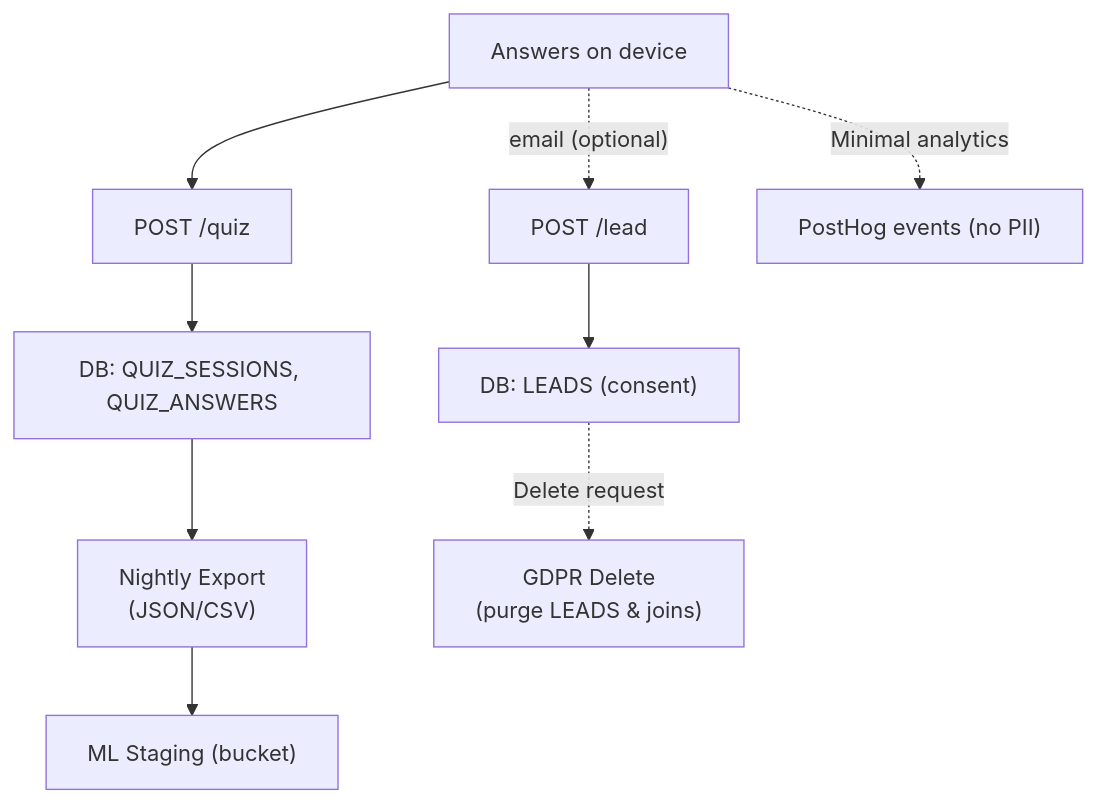
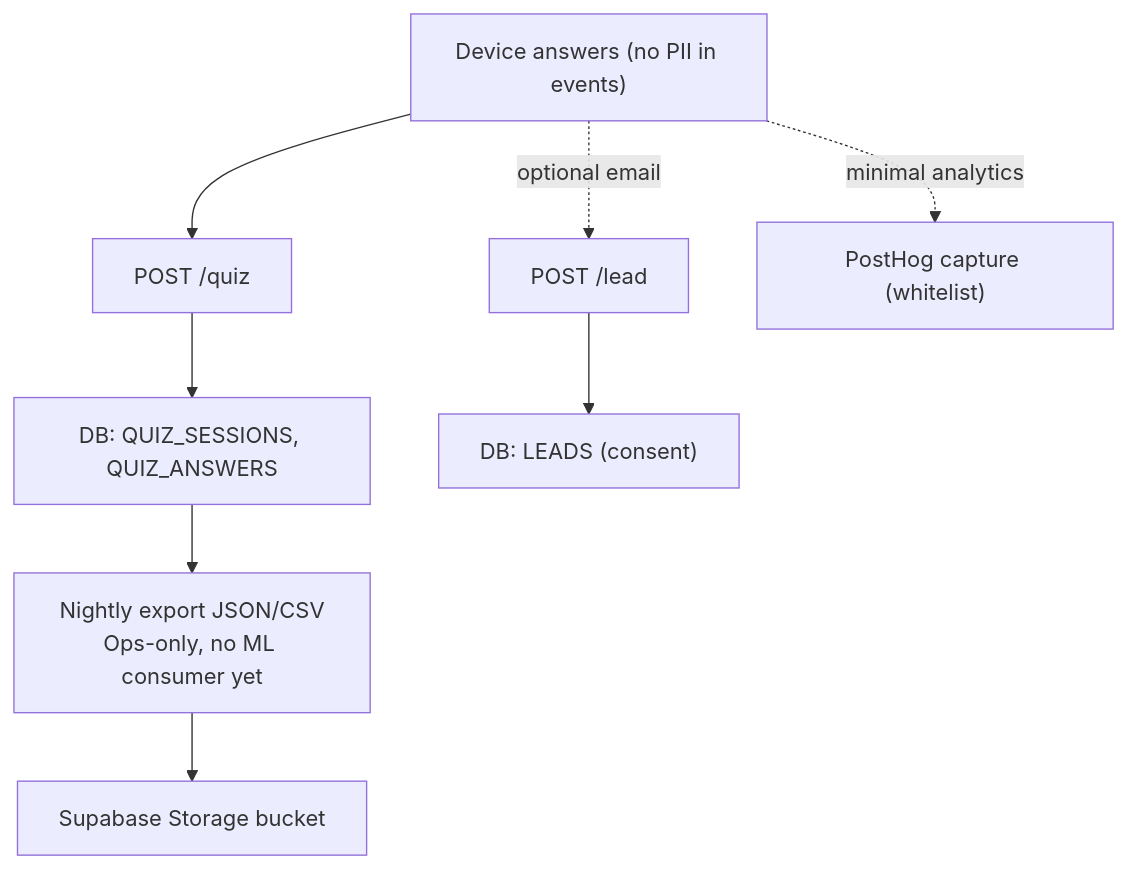
The diagram in content/app-web/architecture/pre-mvp/data-flow.mmd (alexandrafofel/brightfutureahead), drawn with Mermaid before and after one commit.

```diff
--- a/content/app-web/architecture/pre-mvp/data-flow.mmd
+++ b/content/app-web/architecture/pre-mvp/data-flow.mmd
@@ -1,9 +1,8 @@
 flowchart TD
-  A["Answers on device"] --> B["POST /quiz"]
+  A["Device answers (no PII in events)"] --> B["POST /quiz"]
   B --> C["DB: QUIZ_SESSIONS, QUIZ_ANSWERS"]
-  A -. "email (optional)" .-> D["POST /lead"]
+  A -. optional email .-> D["POST /lead"]
   D --> E["DB: LEADS (consent)"]
-  C --> F["Nightly Export\n(JSON/CSV)"]
-  F --> G["ML Staging (bucket)"]
-  E -. "Delete request" .-> H["GDPR Delete\n(purge LEADS & joins)"]
-  A -. "Minimal analytics" .-> I["PostHog events (no PII)"]
+  C --> F["Nightly export JSON/CSV\nOps-only, no ML consumer yet"]
+  F --> G["Supabase Storage bucket"]
+  A -. minimal analytics .-> H["PostHog capture (whitelist)"]
```
